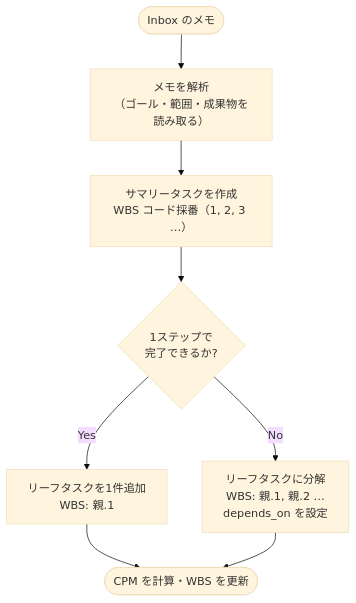
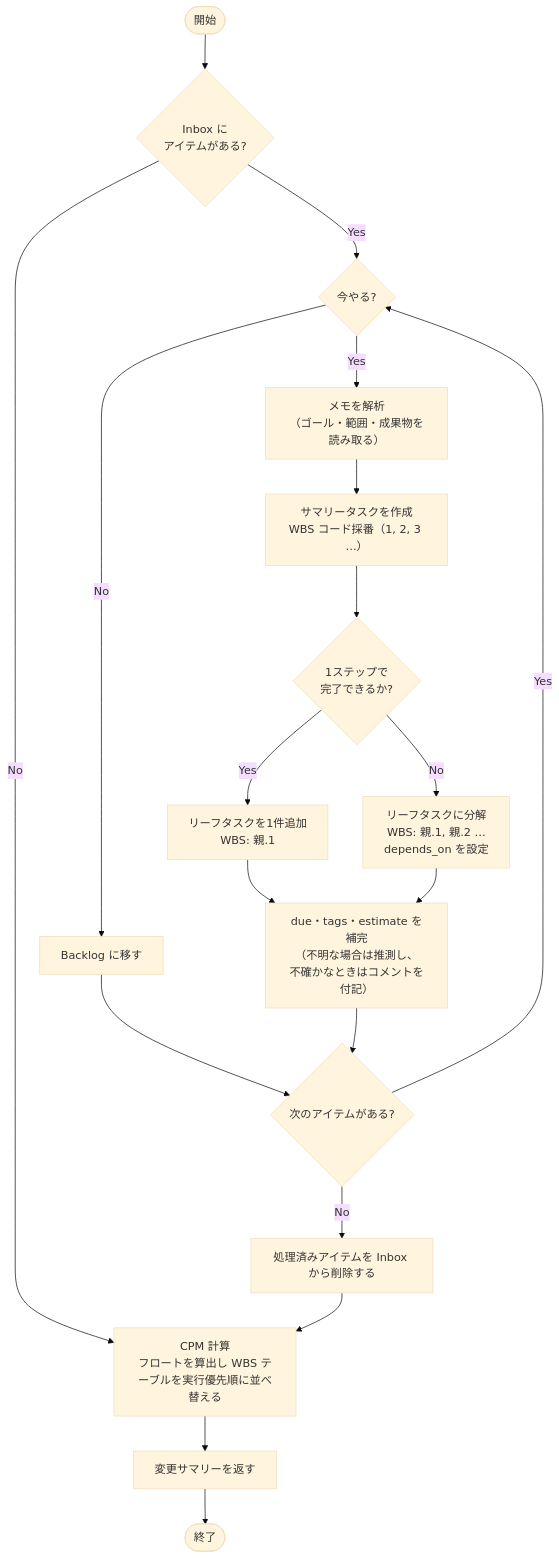
One commit to yasuhiro112358/ai-agent-toolkit changed the diagram in prompts/task-streamliner/docs/explanation/inbox-processing.md. Above: the diagram before and after it, drawn with Mermaid (base theme). The commit also changed other lines of this file and 4 other files, not shown here.

First line of the commit message:
docs(task-streamliner): eliminate duplication and add activity diagrams

````diff
--- a/prompts/task-streamliner/docs/explanation/inbox-processing.md
+++ b/prompts/task-streamliner/docs/explanation/inbox-processing.md
@@ -5,10 +5,24 @@
 ```mermaid
 flowchart TD
-    Inbox([Inbox のメモ]) --> Parse["メモを解析\n（ゴール・範囲・成果物を読み取る）"]
-    Parse --> ST["サマリータスクを作成\nWBS コード採番（1, 2, 3 …）"]
-    ST --> Atomic{1ステップで\n完了できるか?}
-    Atomic -- Yes --> Leaf1["リーフタスクを1件追加\nWBS: 親.1"]
-    Atomic -- No  --> Leaf2["リーフタスクに分解\nWBS: 親.1, 親.2 …\ndepends_on を設定"]
-    Leaf1 --> CPM([CPM を計算・WBS を更新])
-    Leaf2 --> CPM
+    S([開始])
+    E([終了])
+
+    S --> HasInbox{Inbox に\nアイテムがある?}
+    HasInbox -- No --> CPM
+    HasInbox -- Yes --> Classify{今やる?}
+    Classify -- No --> ToBacklog["Backlog に移す"]
+    ToBacklog --> NextItem{次のアイテムがある?}
+    Classify -- Yes --> Parse["メモを解析\n（ゴール・範囲・成果物を読み取る）"]
+    Parse --> CreateST["サマリータスクを作成\nWBS コード採番（1, 2, 3 …）"]
+    CreateST --> Atomic{1ステップで\n完了できるか?}
+    Atomic -- Yes --> OneLeaf["リーフタスクを1件追加\nWBS: 親.1"]
+    Atomic -- No --> MultiLeaf["リーフタスクに分解\nWBS: 親.1, 親.2 …\ndepends_on を設定"]
+    OneLeaf --> Fill["due・tags・estimate を補完\n（不明な場合は推測し、\n不確かなときはコメントを付記）"]
+    MultiLeaf --> Fill
+    Fill --> NextItem{次のアイテムがある?}
+    NextItem -- Yes --> Classify
+    NextItem -- No --> Clean["処理済みアイテムを Inbox から削除する"]
+    Clean --> CPM["CPM 計算\nフロートを算出し WBS テーブルを実行優先順に並べ替える"]
+    CPM --> Summary["変更サマリーを返す"]
+    Summary --> E
 ```
````
